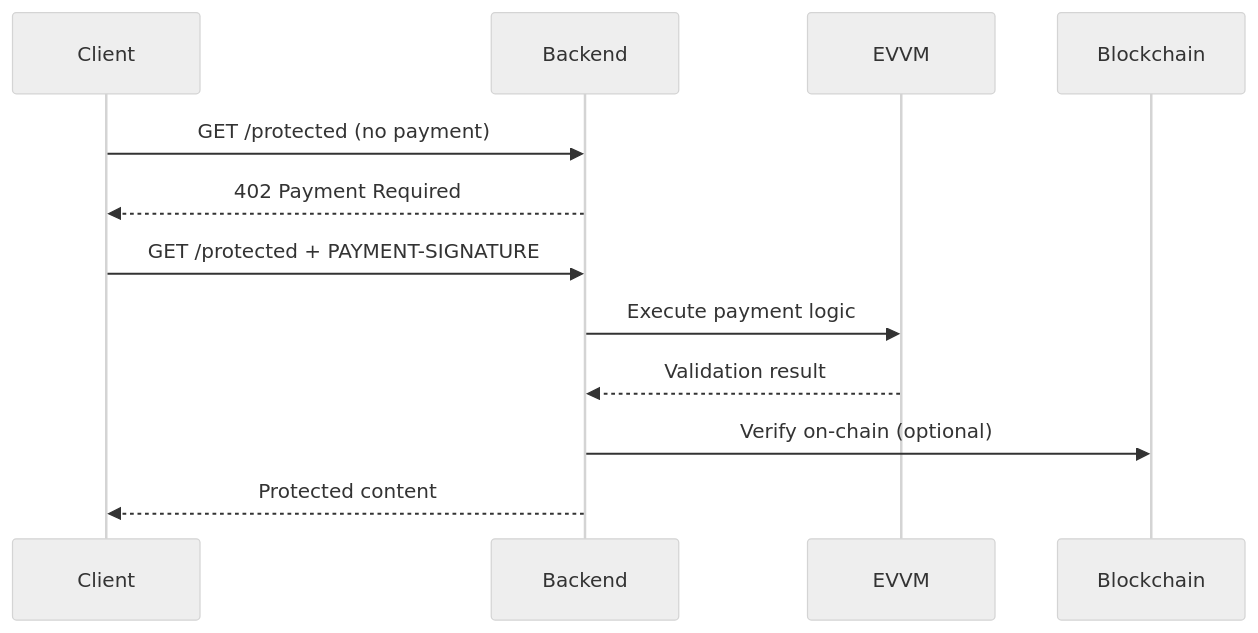
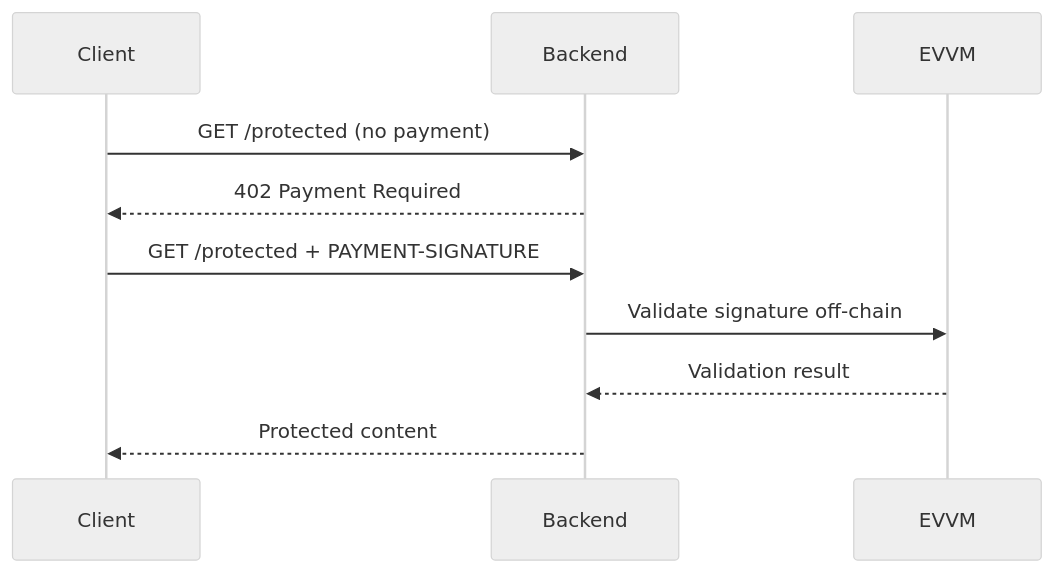
The diagram in backend/README.md (menuRivera/x402-demo), drawn with Mermaid (neutral theme) before and after one commit. The commit also changed other lines of this file and 4 other files, not shown here.

````diff
--- a/backend/README.md
+++ b/backend/README.md
@@ -16,16 +16,14 @@
 ```mermaid
 sequenceDiagram
     participant Client
     participant Backend
     participant EVVM
-    participant Blockchain
 
     Client->>Backend: GET /protected (no payment)
     Backend-->>Client: 402 Payment Required
     
     Client->>Backend: GET /protected + PAYMENT-SIGNATURE
-    Backend->>EVVM: Execute payment logic
+    Backend->>EVVM: Validate signature off-chain
     EVVM-->>Backend: Validation result
-    Backend->>Blockchain: Verify on-chain (optional)
     Backend-->>Client: Protected content
 ```
````
